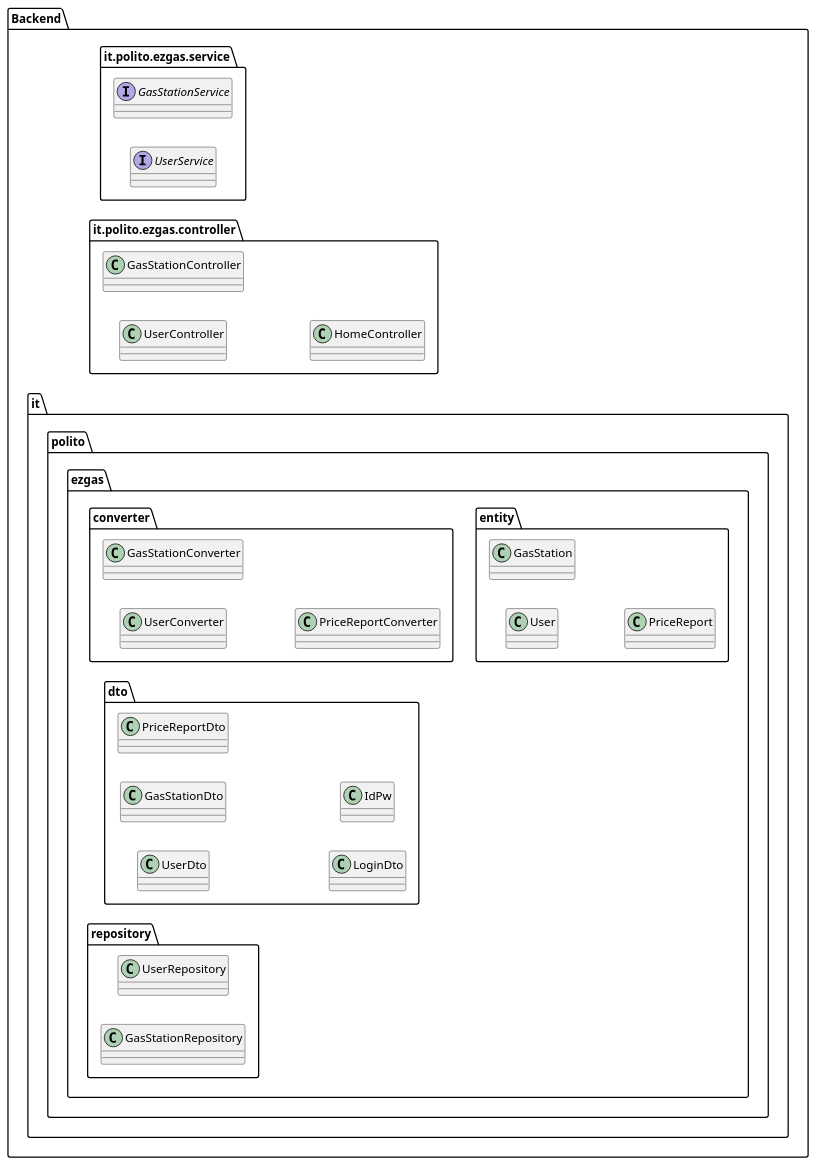
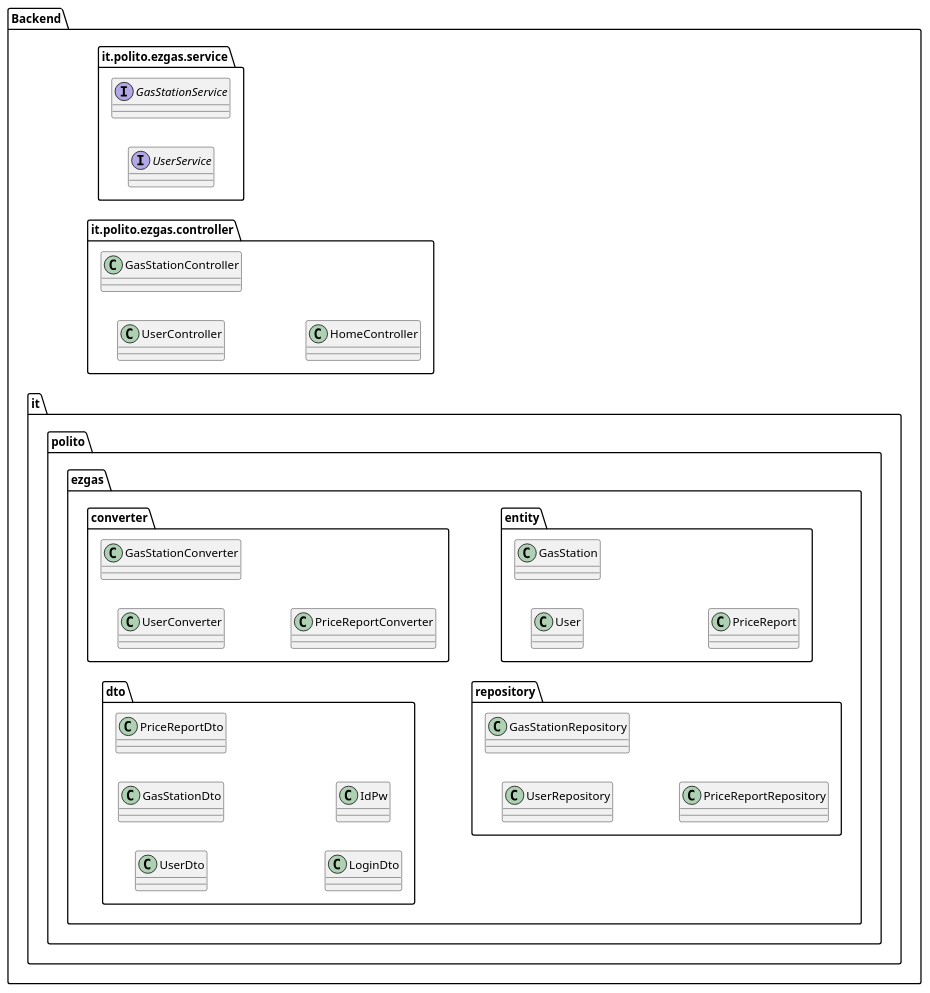
The fourth of 8 diagrams in docs/DesignDocument.md (mosTavassoli/ezgas), drawn with PlantUML before and after one commit. The commit also changed other lines of this file, not shown here.

Commit message:
docs(DesignDocument): update traceability matrix and add verification sequence diagrams for use case 1 and use case 5

````diff
--- a/docs/DesignDocument.md
+++ b/docs/DesignDocument.md
@@ -227,45 +227,46 @@
 ```plantuml
 @startuml
 left to right direction
 package "Backend" {
 package "it.polito.ezgas.service"  as ps {
    interface "GasStationService"
    interface "UserService"
 }
 
 
 package "it.polito.ezgas.controller" as pc{
    class "UserController"
    class "GasStationController"
    class "HomeController"
 }
 
 package "it.polito.ezgas.converter" {
    class "UserConverter"
    class "GasStationConverter"
    class "PriceReportConverter"
 }
 
 package "it.polito.ezgas.dto" {
    class "UserDto"
    class "GasStationDto"
    class "PriceReportDto"
    class "LoginDto"
    class "IdPw"
 }
 
 package "it.polito.ezgas.entity" {
    class "User"
    class "GasStation"
    class "PriceReport"
 }
 
 package "it.polito.ezgas.repository" {
    class "UserRepository"
    class "GasStationRepository"
+   class "PriceReportRepository"
 }
 
 }
 
 @enduml
 ```
````
